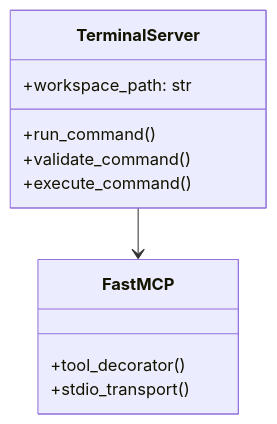
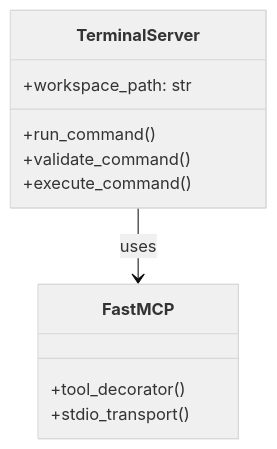
The fourth of 4 diagrams in README.md (Techiral/mcp), drawn with Mermaid before and after one commit. The commit also changed other lines of this file, not shown here.

````diff
--- a/README.md
+++ b/README.md
@@ -195,14 +134,15 @@
 ```mermaid
+%%{init: {'theme': 'base', 'themeVariables': { 'primaryColor': '#f0f0f0', 'nodeTextColor': '#333', 'edgeLabelBackground': '#fff'}}}%%
 classDiagram
     class TerminalServer {
         +workspace_path: str
         +run_command()
         +validate_command()
         +execute_command()
     }
     class FastMCP {
         +tool_decorator()
         +stdio_transport()
     }
-    TerminalServer --> FastMCP
+    TerminalServer --> FastMCP : uses
 ```
````
